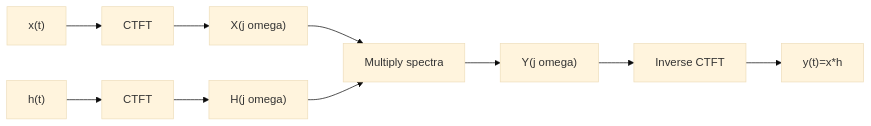
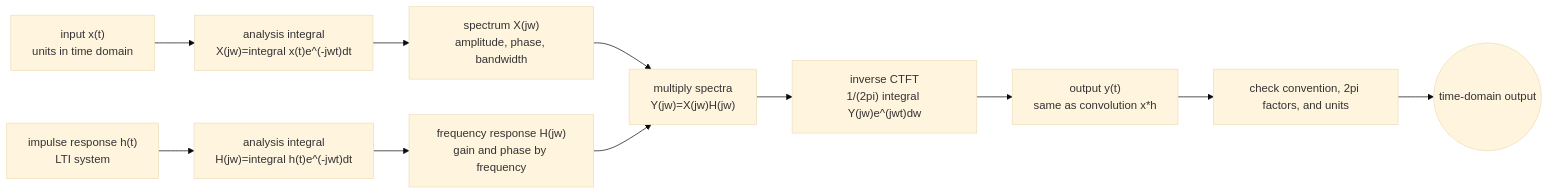
One commit to justinbrianhwang/SJ-wiki changed the diagram in docs/physics/signals-systems/continuous-time-fourier-transform.md. Above: the diagram before and after it, drawn with Mermaid (base theme). The commit also changed other lines of this file and 1858 other files, not shown here.

Commit message:
Upgrade Mermaid diagrams to real architecture level across DL/CS-systems/CS-applied/QIS/Physics+Math+Chem (~728 mermaid blocks total): detailed sublayers, residuals, dimensions, shape transitions, subgraph grouping

````diff
--- a/docs/physics/signals-systems/continuous-time-fourier-transform.md
+++ b/docs/physics/signals-systems/continuous-time-fourier-transform.md
@@ -153,12 +153,13 @@
 ```mermaid
 flowchart LR
-  A["x(t)"] --> B[CTFT]
-  B --> C["X(j omega)"]
-  D["h(t)"] --> E[CTFT]
-  E --> F["H(j omega)"]
-  C --> G[Multiply spectra]
-  F --> G
-  G --> H["Y(j omega)"]
-  H --> I[Inverse CTFT]
-  I --> J["y(t)=x*h"]
+  Xtime["input x(t)<br/>units in time domain"] --> Xint["analysis integral<br/>X(jw)=integral x(t)e^(-jwt)dt"]
+  Htime["impulse response h(t)<br/>LTI system"] --> Hint["analysis integral<br/>H(jw)=integral h(t)e^(-jwt)dt"]
+  Xint --> Xspec["spectrum X(jw)<br/>amplitude, phase, bandwidth"]
+  Hint --> Hspec["frequency response H(jw)<br/>gain and phase by frequency"]
+  Xspec --> Mult["multiply spectra<br/>Y(jw)=X(jw)H(jw)"]
+  Hspec --> Mult
+  Mult --> Inv["inverse CTFT<br/>1/(2pi) integral Y(jw)e^(jwt)dw"]
+  Inv --> Ytime["output y(t)<br/>same as convolution x*h"]
+  Ytime --> Check["check convention, 2pi factors, and units"]
+  Check --> Out(("time-domain output"))
 ```
````
